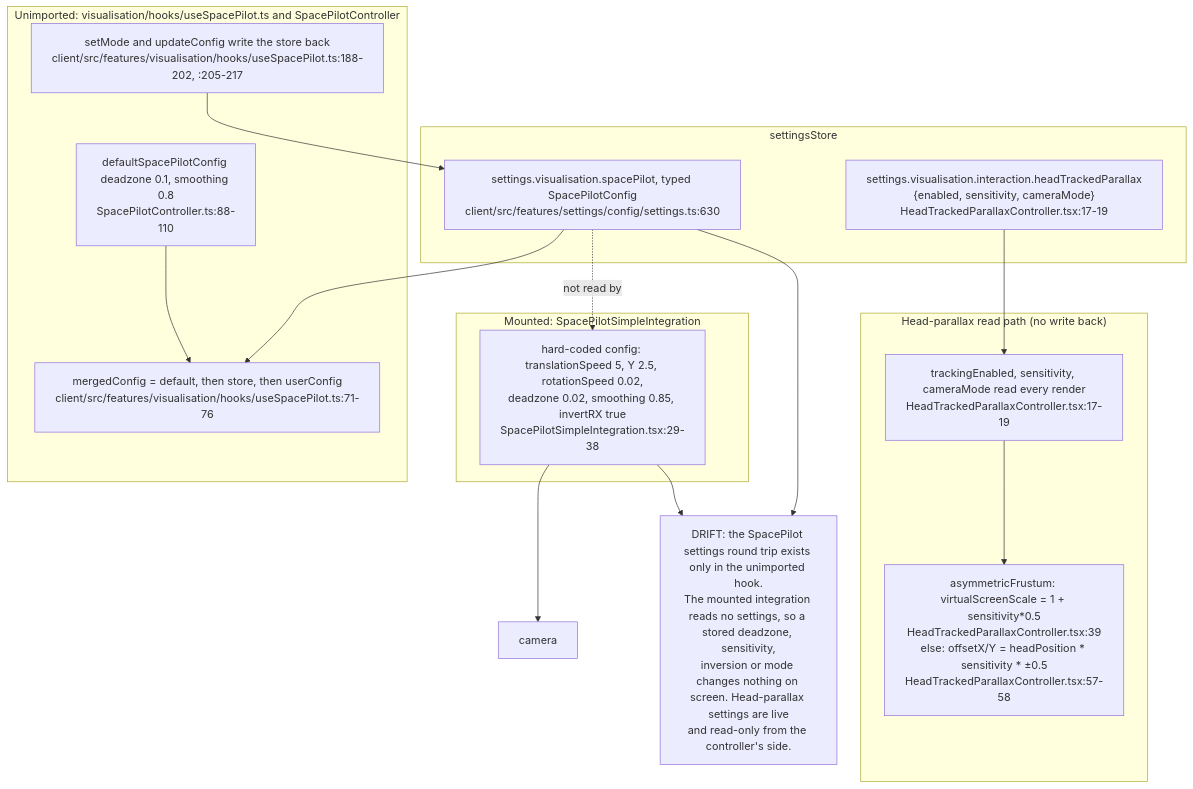
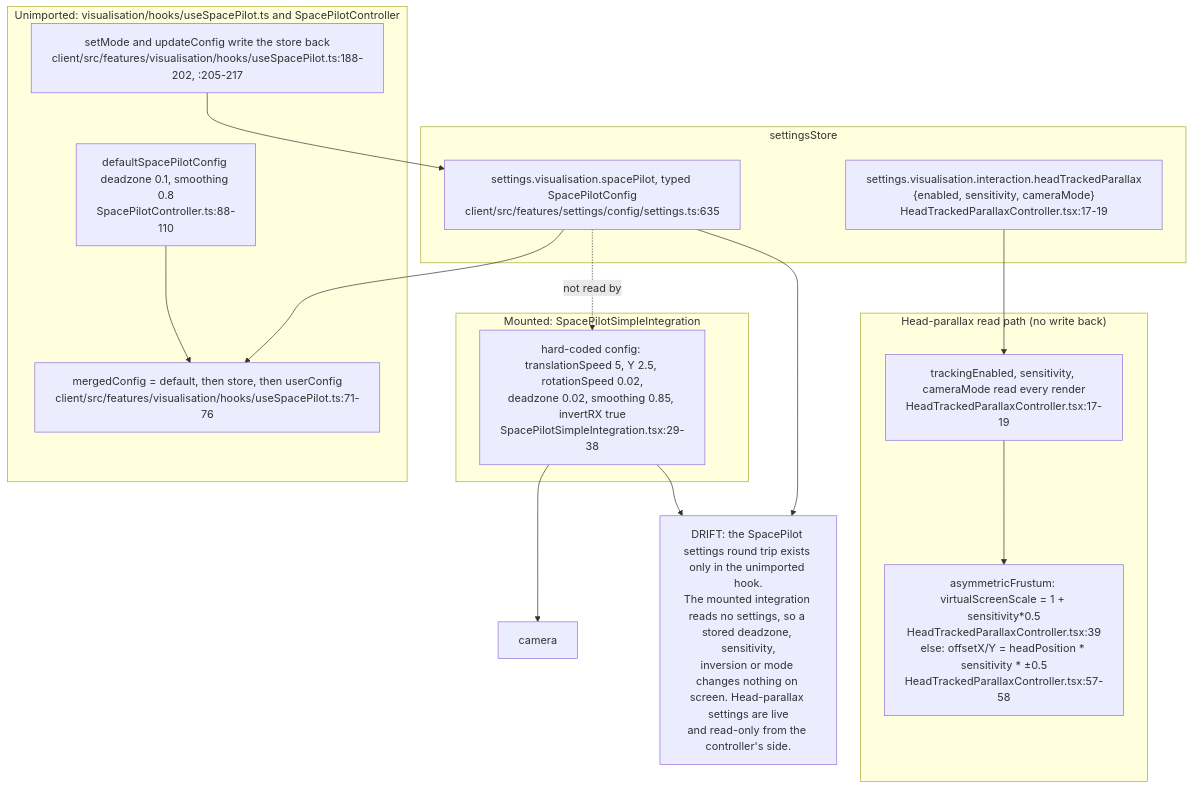
Before and after one commit to DreamLab-AI/VisionFlow: the tenth of 11 diagrams in docs/diagrams/visionclaw/37-browser-xr-and-desktop-input.md, drawn with Mermaid. The commit also changed other lines of this file and 7 other files, not shown here.

First line of the commit message:
diagrams(visionclaw): re-verify VC-34 to VC-40 and VC-42 at visionclaw 4900ec6, agentbox 59b1aca

````diff
--- a/docs/diagrams/visionclaw/37-browser-xr-and-desktop-input.md
+++ b/docs/diagrams/visionclaw/37-browser-xr-and-desktop-input.md
@@ -462,28 +462,28 @@
 ```mermaid
 flowchart TB
     subgraph store["settingsStore"]
-        SS["settings.visualisation.spacePilot, typed SpacePilotConfig<br/>client/src/features/settings/config/settings.ts:630"]
+        SS["settings.visualisation.spacePilot, typed SpacePilotConfig<br/>client/src/features/settings/config/settings.ts:635"]
         HS["settings.visualisation.interaction.headTrackedParallax<br/>{enabled, sensitivity, cameraMode}<br/>HeadTrackedParallaxController.tsx:17-19"]
     end
     subgraph dead["Unimported: visualisation/hooks/useSpacePilot.ts and SpacePilotController"]
         DEF["defaultSpacePilotConfig deadzone 0.1, smoothing 0.8<br/>SpacePilotController.ts:88-110"]
         MERGE["mergedConfig = default, then store, then userConfig<br/>client/src/features/visualisation/hooks/useSpacePilot.ts:71-76"]
         UPD["setMode and updateConfig write the store back<br/>client/src/features/visualisation/hooks/useSpacePilot.ts:188-202, :205-217"]
     end
     subgraph live["Mounted: SpacePilotSimpleIntegration"]
         LIT["hard-coded config: translationSpeed 5, Y 2.5, rotationSpeed 0.02,<br/>deadzone 0.02, smoothing 0.85, invertRX true<br/>SpacePilotSimpleIntegration.tsx:29-38"]
     end
     subgraph hp["Head-parallax read path (no write back)"]
         HREAD["trackingEnabled, sensitivity, cameraMode read every render<br/>HeadTrackedParallaxController.tsx:17-19"]
         HAPPLY["asymmetricFrustum: virtualScreenScale = 1 + sensitivity*0.5<br/>HeadTrackedParallaxController.tsx:39<br/>else: offsetX/Y = headPosition * sensitivity * ±0.5<br/>HeadTrackedParallaxController.tsx:57-58"]
     end
     DEF --> MERGE
     SS --> MERGE
     UPD --> SS
     LIT --> CAMX["camera"]
     SS -.->|"not read by"| LIT
     HS --> HREAD --> HAPPLY
     note1["DRIFT: the SpacePilot settings round trip exists only in the unimported hook.<br/>The mounted integration reads no settings, so a stored deadzone, sensitivity,<br/>inversion or mode changes nothing on screen. Head-parallax settings are live<br/>and read-only from the controller's side."]
     SS --> note1
     LIT --> note1
 ```
````
